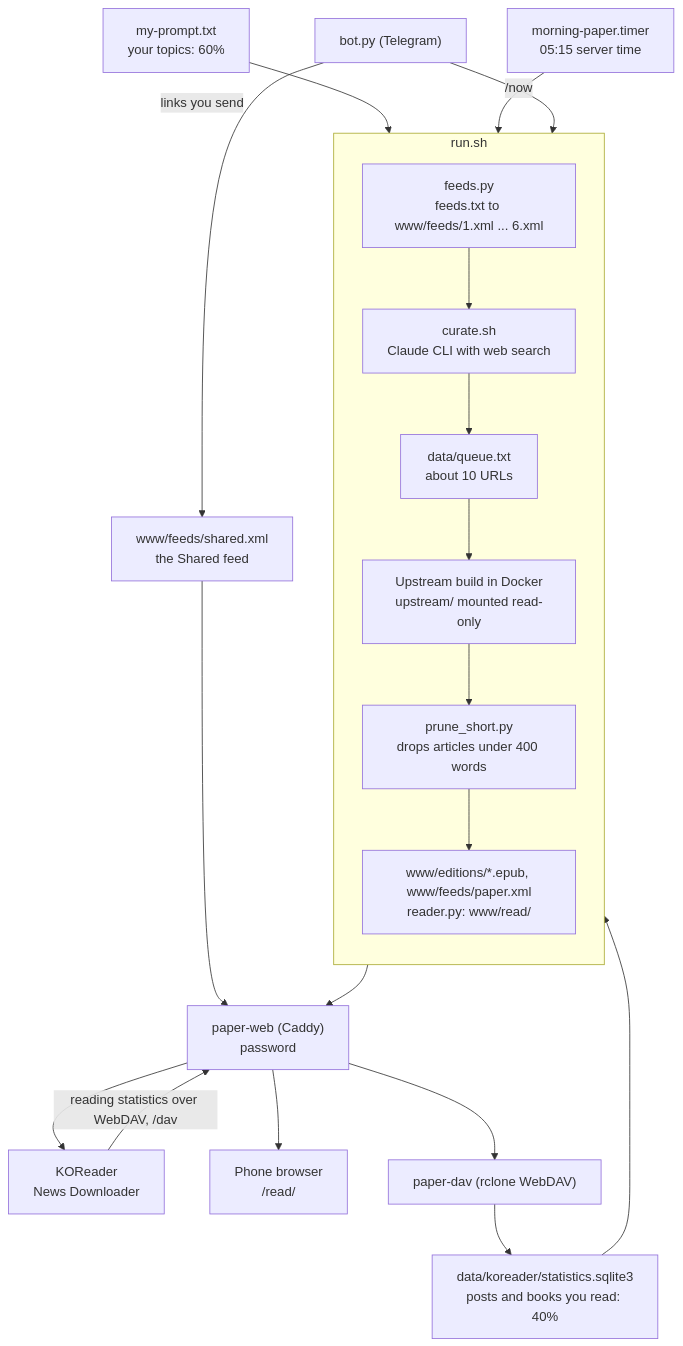
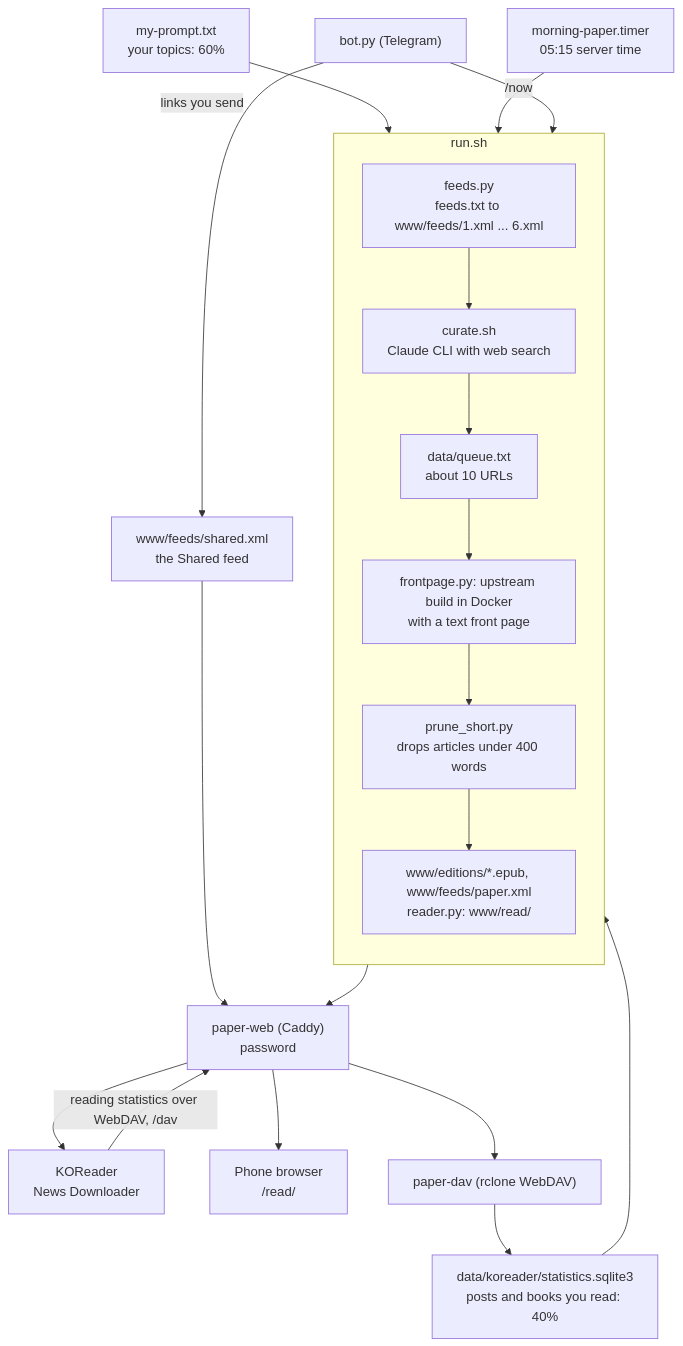
One commit to haziqhilmismail/morning-paper changed the first of 2 diagrams in README.md. Above: the diagram before and after it, drawn with Mermaid. The commit also changed other lines of this file and 6 other files, not shown here.

First line of the commit message:
Text front page in black, with the top-ranked story as the lead (#1)

````diff
--- a/README.md
+++ b/README.md
@@ -15,27 +15,27 @@
 ```mermaid
 flowchart TD
 	timer["morning-paper.timer<br/>05:15 server time"] --> run
 	bot["bot.py (Telegram)"] -- "/now" --> run
 	bot -- "links you send" --> shared["www/feeds/shared.xml<br/>the Shared feed"]
 
 	subgraph run["run.sh"]
 		direction TB
 		feedspy["feeds.py<br/>feeds.txt to www/feeds/1.xml ... 6.xml"]
 		curate["curate.sh<br/>Claude CLI with web search"]
 		queue["data/queue.txt<br/>about 10 URLs"]
-		build["Upstream build in Docker<br/>upstream/ mounted read-only"]
+		build["frontpage.py: upstream build in Docker<br/>with a text front page"]
 		prune["prune_short.py<br/>drops articles under 400 words"]
 		publish["www/editions/*.epub, www/feeds/paper.xml<br/>reader.py: www/read/"]
 		feedspy --> curate --> queue --> build --> prune --> publish
 	end
 
 	prompt["my-prompt.txt<br/>your topics: 60%"] --> curate
 	stats["data/koreader/statistics.sqlite3<br/>posts and books you read: 40%"] --> curate
 	shared --> web
 
 	publish --> web["paper-web (Caddy)<br/>password"]
 	web --> koreader["KOReader<br/>News Downloader"]
 	web --> phone["Phone browser<br/>/read/"]
 	koreader -- "reading statistics over WebDAV, /dav" --> web
 	web --> dav["paper-dav (rclone WebDAV)"] --> stats
 ```
````
